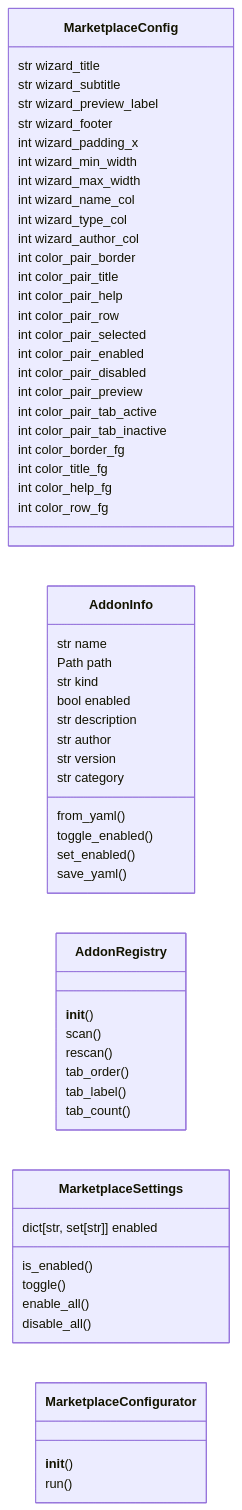
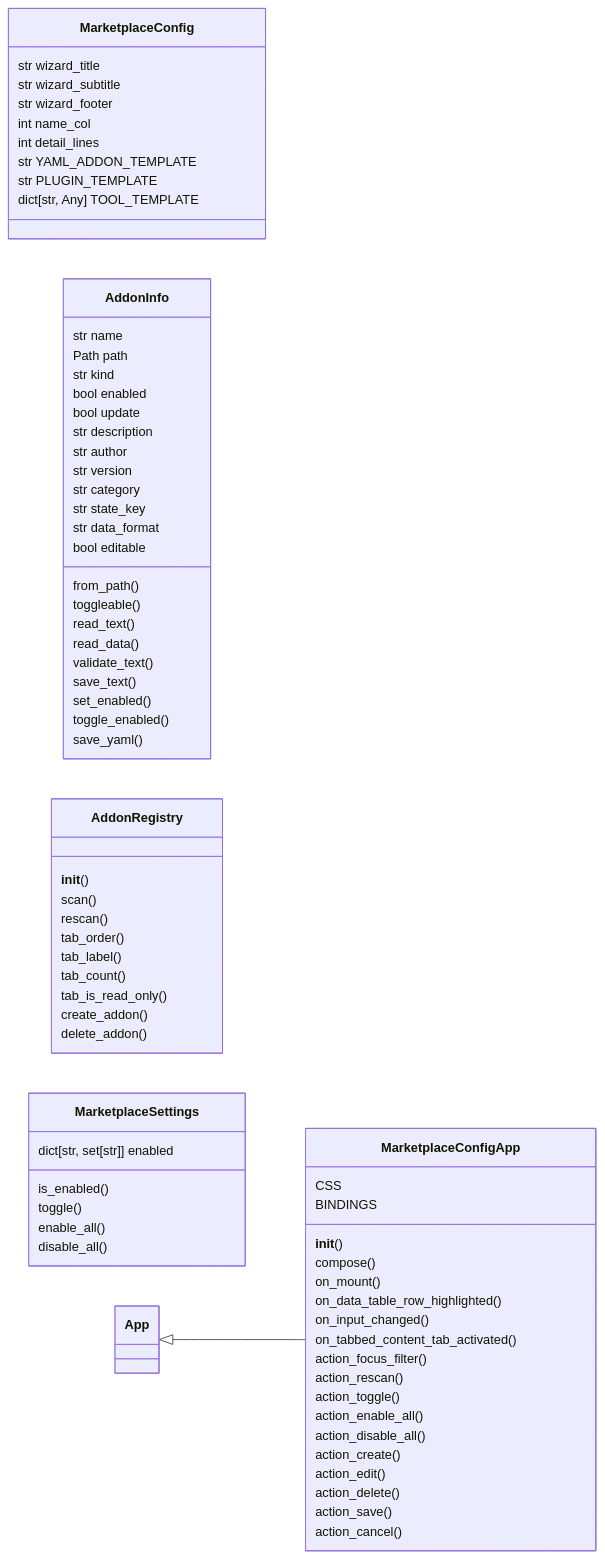
One commit to grisuno/LazyOwn changed the first of 2 diagrams in readmenator-apidocs/modules/cli.marketplace_config.py.md. Above: the diagram before and after it, drawn with Mermaid. The commit also changed other lines of this file and 764 other files, not shown here.

````diff
--- a/readmenator-apidocs/modules/cli.marketplace_config.py.md
+++ b/readmenator-apidocs/modules/cli.marketplace_config.py.md
@@ -30,58 +39,72 @@
 ```mermaid
 classDiagram
     direction LR
     class MarketplaceConfig
     MarketplaceConfig : str wizard_title
     MarketplaceConfig : str wizard_subtitle
-    MarketplaceConfig : str wizard_preview_label
     MarketplaceConfig : str wizard_footer
-    MarketplaceConfig : int wizard_padding_x
-    MarketplaceConfig : int wizard_min_width
-    MarketplaceConfig : int wizard_max_width
-    MarketplaceConfig : int wizard_name_col
-    MarketplaceConfig : int wizard_type_col
-    MarketplaceConfig : int wizard_author_col
-    MarketplaceConfig : int color_pair_border
-    MarketplaceConfig : int color_pair_title
-    MarketplaceConfig : int color_pair_help
-    MarketplaceConfig : int color_pair_row
-    MarketplaceConfig : int color_pair_selected
-    MarketplaceConfig : int color_pair_enabled
-    MarketplaceConfig : int color_pair_disabled
-    MarketplaceConfig : int color_pair_preview
-    MarketplaceConfig : int color_pair_tab_active
-    MarketplaceConfig : int color_pair_tab_inactive
-    MarketplaceConfig : int color_border_fg
-    MarketplaceConfig : int color_title_fg
-    MarketplaceConfig : int color_help_fg
-    MarketplaceConfig : int color_row_fg
+    MarketplaceConfig : int name_col
+    MarketplaceConfig : int detail_lines
+    MarketplaceConfig : str YAML_ADDON_TEMPLATE
+    MarketplaceConfig : str PLUGIN_TEMPLATE
+    MarketplaceConfig : dict[str, Any] TOOL_TEMPLATE
     class AddonInfo
     AddonInfo : str name
     AddonInfo : Path path
     AddonInfo : str kind
     AddonInfo : bool enabled
+    AddonInfo : bool update
     AddonInfo : str description
     AddonInfo : str author
     AddonInfo : str version
     AddonInfo : str category
-    AddonInfo : from_yaml()
+    AddonInfo : str state_key
+    AddonInfo : str data_format
+    AddonInfo : bool editable
+    AddonInfo : from_path()
+    AddonInfo : toggleable()
+    AddonInfo : read_text()
+    AddonInfo : read_data()
+    AddonInfo : validate_text()
+    AddonInfo : save_text()
+    AddonInfo : set_enabled()
     AddonInfo : toggle_enabled()
-    AddonInfo : set_enabled()
     AddonInfo : save_yaml()
     class AddonRegistry
     AddonRegistry : __init__()
     AddonRegistry : scan()
     AddonRegistry : rescan()
     AddonRegistry : tab_order()
     AddonRegistry : tab_label()
     AddonRegistry : tab_count()
+    AddonRegistry : tab_is_read_only()
+    AddonRegistry : create_addon()
+    AddonRegistry : delete_addon()
     class MarketplaceSettings
     MarketplaceSettings : dict[str, set[str]] enabled
     MarketplaceSettings : is_enabled()
     MarketplaceSettings : toggle()
     MarketplaceSettings : enable_all()
     MarketplaceSettings : disable_all()
-    class MarketplaceConfigurator
-    MarketplaceConfigurator : __init__()
-    MarketplaceConfigurator : run()
+    class MarketplaceConfigApp
+    MarketplaceConfigApp : CSS
+    MarketplaceConfigApp : BINDINGS
+    MarketplaceConfigApp : __init__()
+    MarketplaceConfigApp : compose()
+    MarketplaceConfigApp : on_mount()
+    MarketplaceConfigApp : on_data_table_row_highlighted()
+    MarketplaceConfigApp : on_input_changed()
+    MarketplaceConfigApp : on_tabbed_content_tab_activated()
+    MarketplaceConfigApp : action_focus_filter()
+    MarketplaceConfigApp : action_rescan()
+    MarketplaceConfigApp : action_toggle()
+    MarketplaceConfigApp : action_enable_all()
+    MarketplaceConfigApp : action_disable_all()
+    MarketplaceConfigApp : action_create()
+    MarketplaceConfigApp : action_edit()
+    MarketplaceConfigApp : action_delete()
+    MarketplaceConfigApp : action_save()
+    MarketplaceConfigApp : action_cancel()
+    class App
+    App <|-- MarketplaceConfigApp
 ```
````
